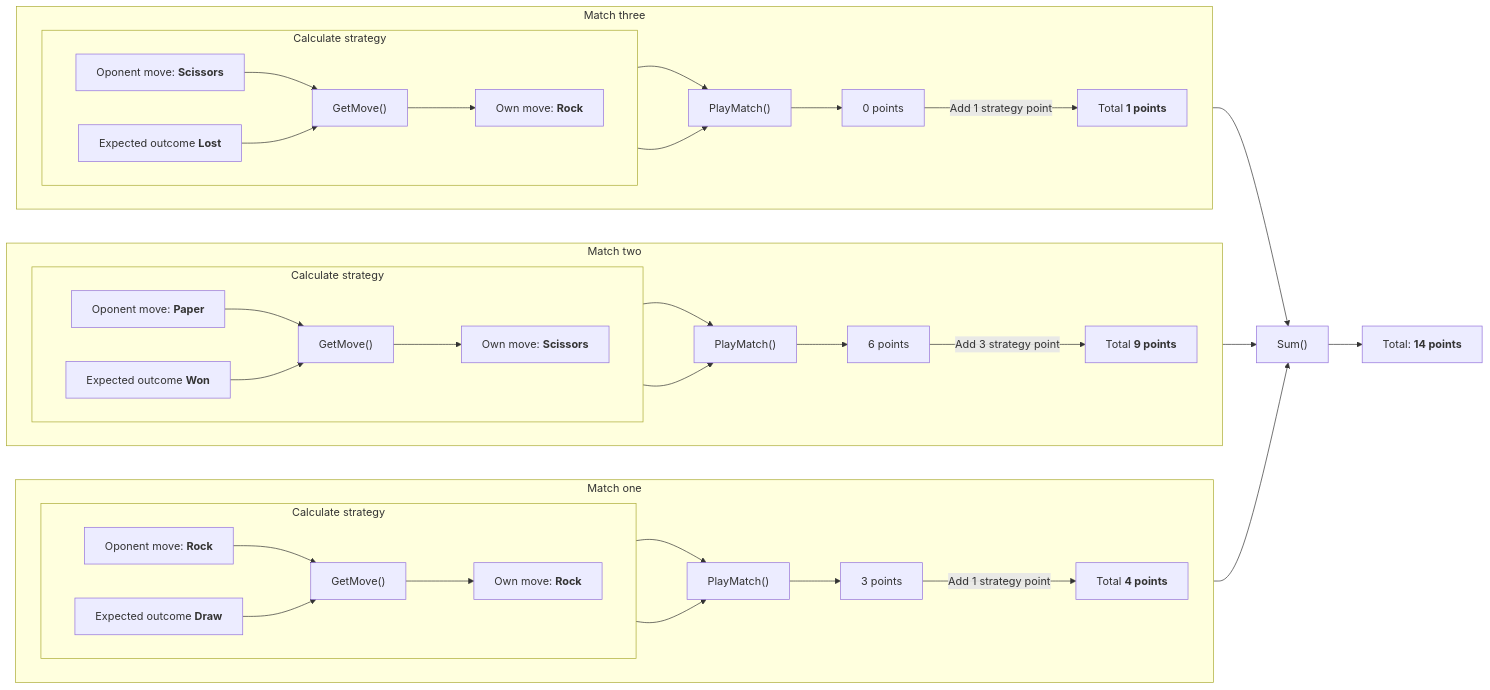
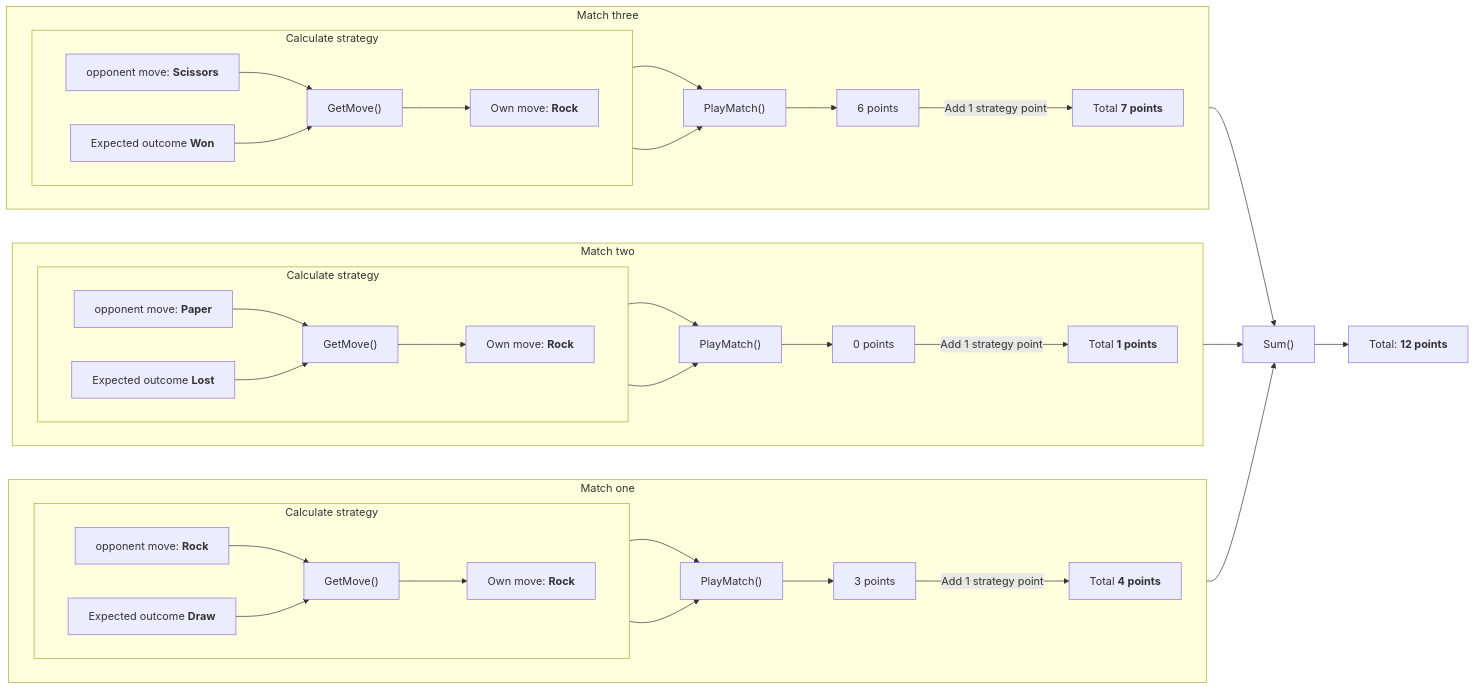
One commit to bartkessels/bartkessels.github.io changed the diagram in _posts/aoc-2022/day-two/2023-04-19-part-two.md. Above: the diagram before and after it, drawn with Mermaid. The commit also changed other lines of this file and 3 other files, not shown here.

```diff
--- a/_posts/aoc-2022/day-two/2023-04-19-part-two.md
+++ b/_posts/aoc-2022/day-two/2023-04-19-part-two.md
@@ -70,12 +70,12 @@
     subgraph m1Strategy["Calculate strategy"]
         direction LR
 
-      m1Oponent["Oponent move: <b>Rock</b>"]
+      m1opponent["opponent move: <b>Rock</b>"]
       m1Outcome["Expected outcome <b>Draw</b>"]
       m1GetMove["GetMove()"]
       m1OwnMove["Own move: <b>Rock</b>"]
 
-      m1Oponent --> m1GetMove
+      m1opponent --> m1GetMove
       m1Outcome --> m1GetMove
       m1GetMove --> m1OwnMove
     end
@@ -84,7 +84,7 @@
     m1Points["3 points"]
     m1TotalPoints["Total <b>4 points</b>"]
 
-    m1Oponent --> m1PlayMatch
+    m1opponent --> m1PlayMatch
     m1OwnMove --> m1PlayMatch
     m1PlayMatch --> m1Points
     m1Points -- "Add 1 strategy point" --> m1TotalPoints
@@ -96,24 +96,24 @@
     subgraph m2Strategy["Calculate strategy"]
         direction LR
 
-      m2Oponent["Oponent move: <b>Paper</b>"]
-      m2Outcome["Expected outcome <b>Won</b>"]
+      m2opponent["opponent move: <b>Paper</b>"]
+      m2Outcome["Expected outcome <b>Lost</b>"]
       m2GetMove["GetMove()"]
-      m2OwnMove["Own move: <b>Scissors</b>"]
+      m2OwnMove["Own move: <b>Rock</b>"]
 
-      m2Oponent --> m2GetMove
+      m2opponent --> m2GetMove
       m2Outcome --> m2GetMove
       m2GetMove --> m2OwnMove
     end
 
     m2PlayMatch["PlayMatch()"]
-    m2Points["6 points"]
-    m2TotalPoints["Total <b>9 points</b>"]
+    m2Points["0 points"]
+    m2TotalPoints["Total <b>1 points</b>"]
 
-    m2Oponent --> m2PlayMatch
+    m2opponent --> m2PlayMatch
     m2OwnMove --> m2PlayMatch
     m2PlayMatch --> m2Points
-    m2Points -- "Add 3 strategy point" --> m2TotalPoints
+    m2Points -- "Add 1 strategy point" --> m2TotalPoints
   end
 
   subgraph matchthree["Match three"]
@@ -122,28 +122,28 @@
     subgraph m3Strategy["Calculate strategy"]
         direction LR
 
-      m3Oponent["Oponent move: <b>Scissors</b>"]
-      m3Outcome["Expected outcome <b>Lost</b>"]
+      m3opponent["opponent move: <b>Scissors</b>"]
+      m3Outcome["Expected outcome <b>Won</b>"]
       m3GetMove["GetMove()"]
       m3OwnMove["Own move: <b>Rock</b>"]
 
-      m3Oponent --> m3GetMove
+      m3opponent --> m3GetMove
       m3Outcome --> m3GetMove
       m3GetMove --> m3OwnMove
     end
 
     m3PlayMatch["PlayMatch()"]
-    m3Points["0 points"]
-    m3TotalPoints["Total <b>1 points</b>"]
+    m3Points["6 points"]
+    m3TotalPoints["Total <b>7 points</b>"]
 
-    m3Oponent --> m3PlayMatch
+    m3opponent --> m3PlayMatch
     m3OwnMove --> m3PlayMatch
     m3PlayMatch --> m3Points
     m3Points -- "Add 1 strategy point" --> m3TotalPoints
   end
 
   sum["Sum()"]
-  total["Total: <b>14 points</b>"]
+  total["Total: <b>12 points</b>"]
 
   m1TotalPoints --> sum
   m2TotalPoints --> sum
```
